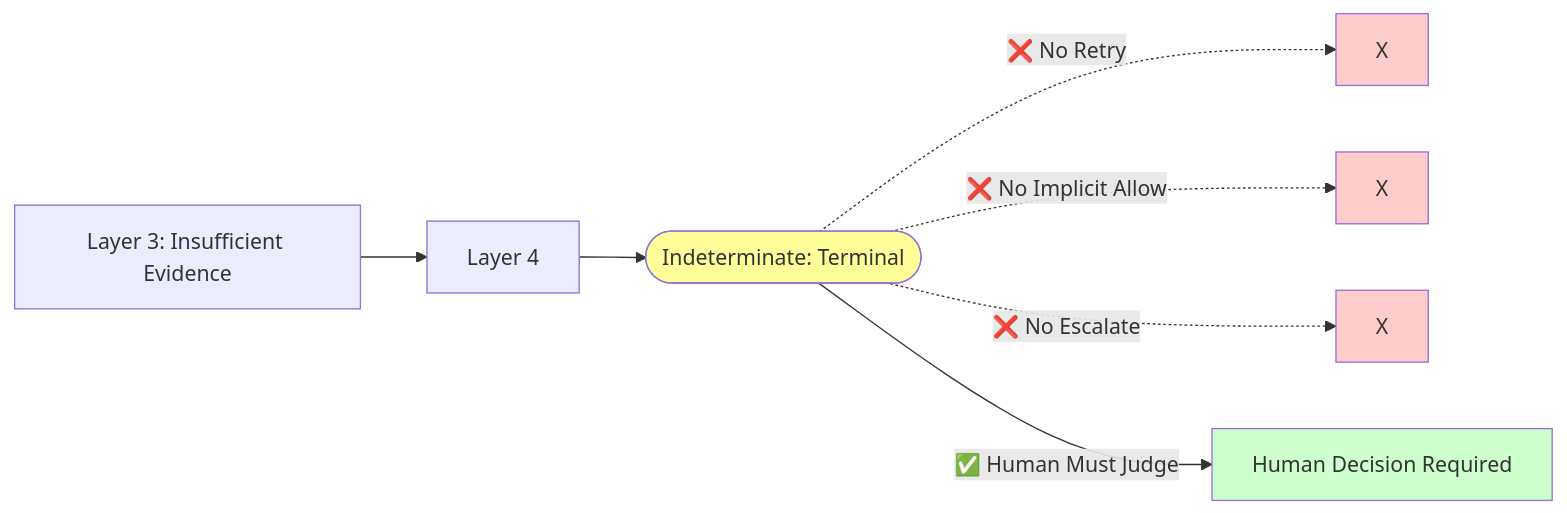
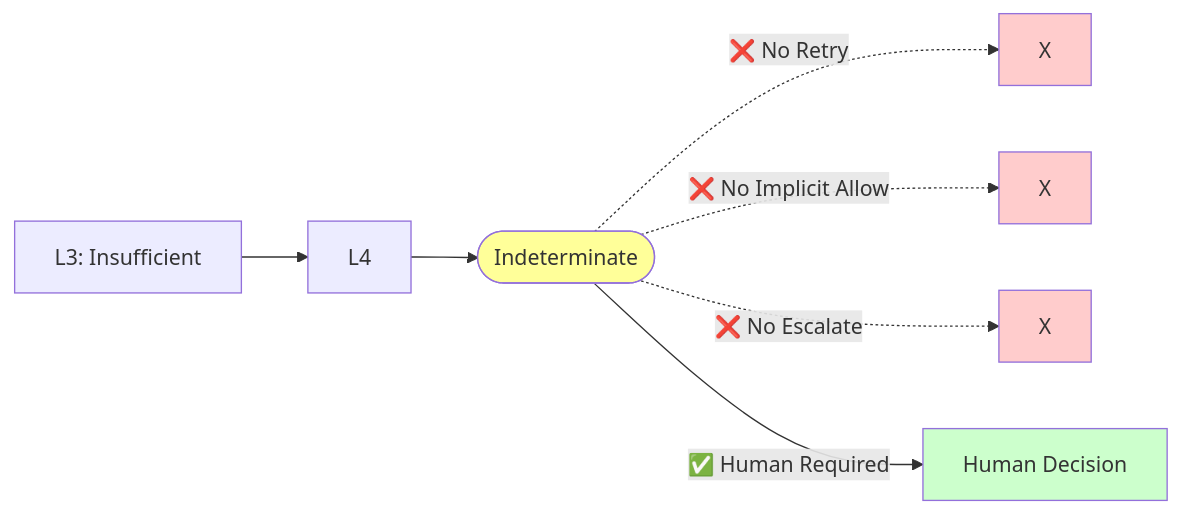
One commit to Nick-heo-eg/ajt-judgment-flow-demo changed the fourth of 6 diagrams in README.md. Above: the diagram before and after it, drawn with Mermaid. The commit also changed other lines of this file, not shown here.

First line of the commit message:
fix: shorten labels to prevent text overflow in diagrams

````diff
--- a/README.md
+++ b/README.md
@@ -103,17 +103,17 @@
 ```mermaid
 graph LR
-    Insufficient[Layer 3: Insufficient Evidence] --> L4[Layer 4]
-    L4 --> Indeterminate([Indeterminate: Terminal])
+    Insufficient[L3: Insufficient] --> L4[L4]
+    L4 --> Indeterminate([Indeterminate])
 
     Indeterminate -.->|❌ No Retry| X1[X]
     Indeterminate -.->|❌ No Implicit Allow| X2[X]
     Indeterminate -.->|❌ No Escalate| X3[X]
 
-    Indeterminate -->|✅ Human Must Judge| Human[Human Decision Required]
+    Indeterminate -->|✅ Human Required| Human[Human Decision]
 
     style Indeterminate fill:#ff9
     style X1 fill:#fcc
     style X2 fill:#fcc
     style X3 fill:#fcc
     style Human fill:#cfc
 ```
````
